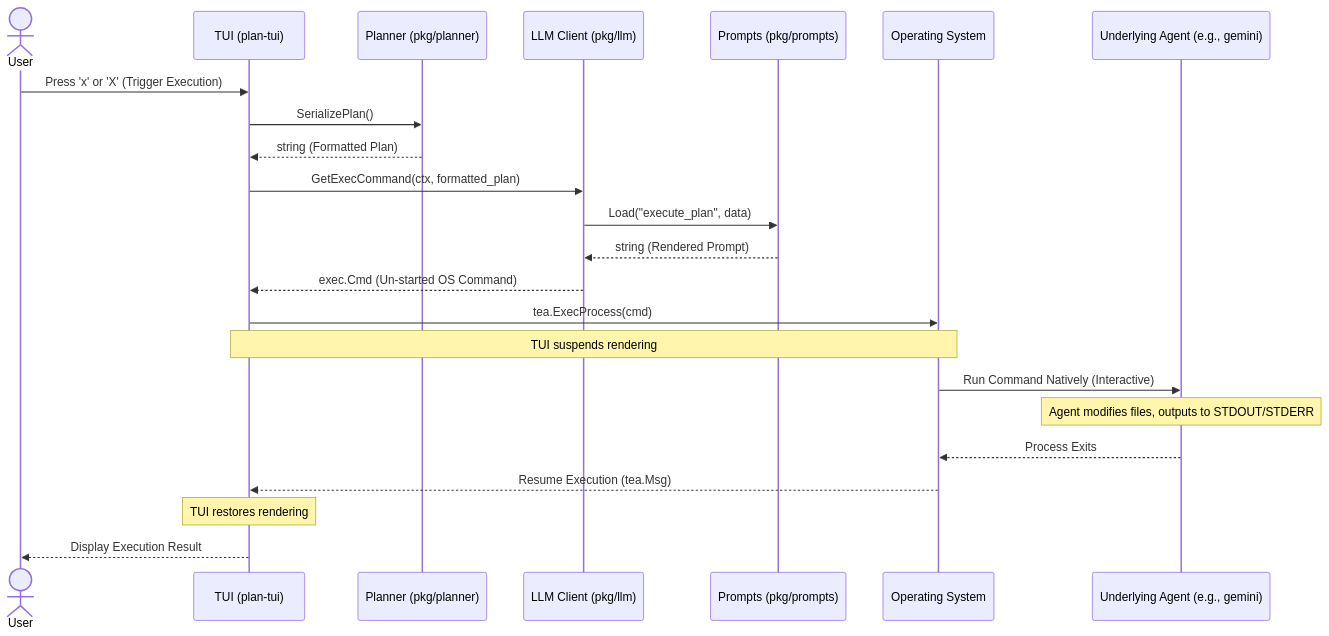
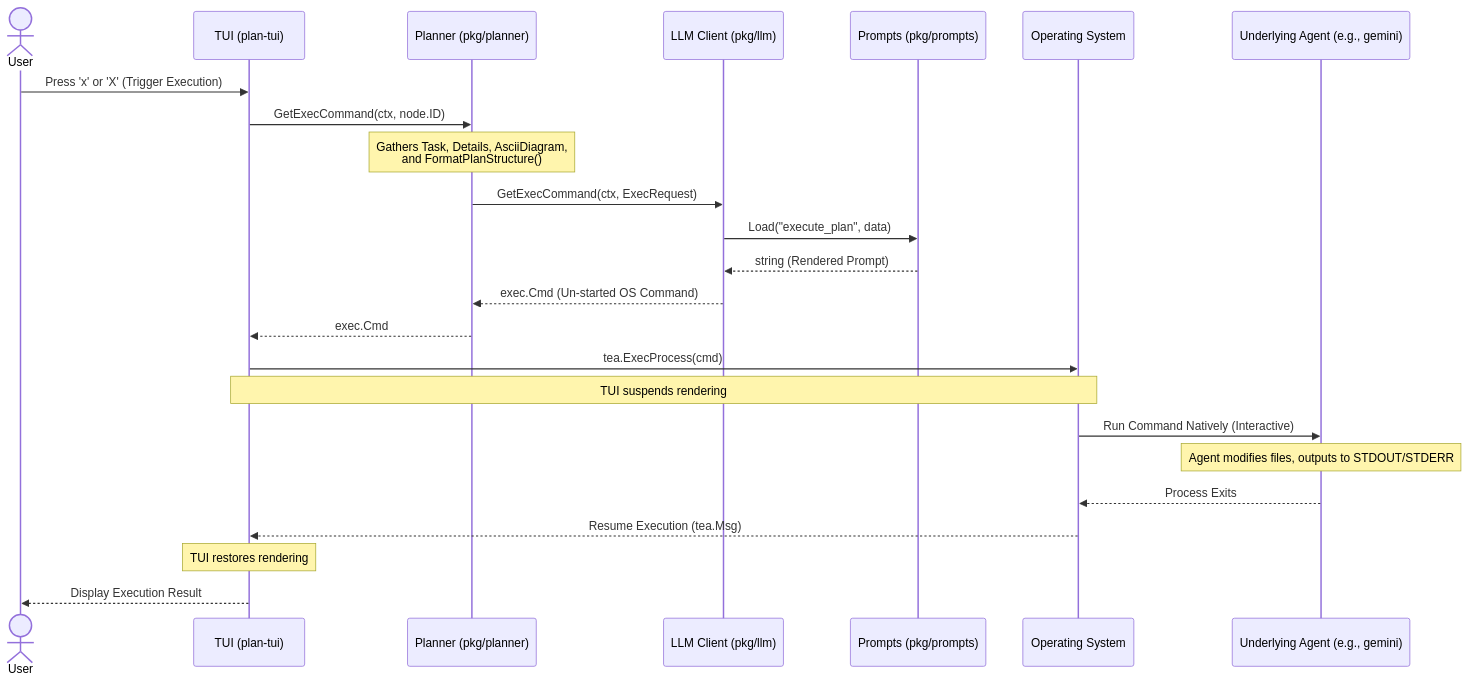
Before and after one commit to jefflunt/planner: the diagram in agent_docs/execution_workflow.md, drawn with Mermaid. The commit also changed other lines of this file and 10 other files, not shown here.

````diff
--- a/agent_docs/execution_workflow.md
+++ b/agent_docs/execution_workflow.md
@@ -9,31 +9,32 @@
 ```mermaid
 sequenceDiagram
     actor User
     participant TUI as TUI (plan-tui)
     participant Planner as Planner (pkg/planner)
     participant Client as LLM Client (pkg/llm)
     participant Prompts as Prompts (pkg/prompts)
     participant OS as Operating System
     participant Agent as Underlying Agent (e.g., gemini)
 
     User->>TUI: Press 'x' or 'X' (Trigger Execution)
-    TUI->>Planner: SerializePlan()
-    Planner-->>TUI: string (Formatted Plan)
-    TUI->>Client: GetExecCommand(ctx, formatted_plan)
+    TUI->>Planner: GetExecCommand(ctx, node.ID)
+    Note over Planner: Gathers Task, Details, AsciiDiagram,<br/>and FormatPlanStructure()
+    Planner->>Client: GetExecCommand(ctx, ExecRequest)
     
     Client->>Prompts: Load("execute_plan", data)
     Prompts-->>Client: string (Rendered Prompt)
     
-    Client-->>TUI: exec.Cmd (Un-started OS Command)
+    Client-->>Planner: exec.Cmd (Un-started OS Command)
+    Planner-->>TUI: exec.Cmd
     
     TUI->>OS: tea.ExecProcess(cmd)
     Note over TUI, OS: TUI suspends rendering
     
     OS->>Agent: Run Command Natively (Interactive)
     Note over Agent: Agent modifies files, outputs to STDOUT/STDERR
     Agent-->>OS: Process Exits
     
     OS-->>TUI: Resume Execution (tea.Msg)
     Note over TUI: TUI restores rendering
     TUI-->>User: Display Execution Result
 ```
````
